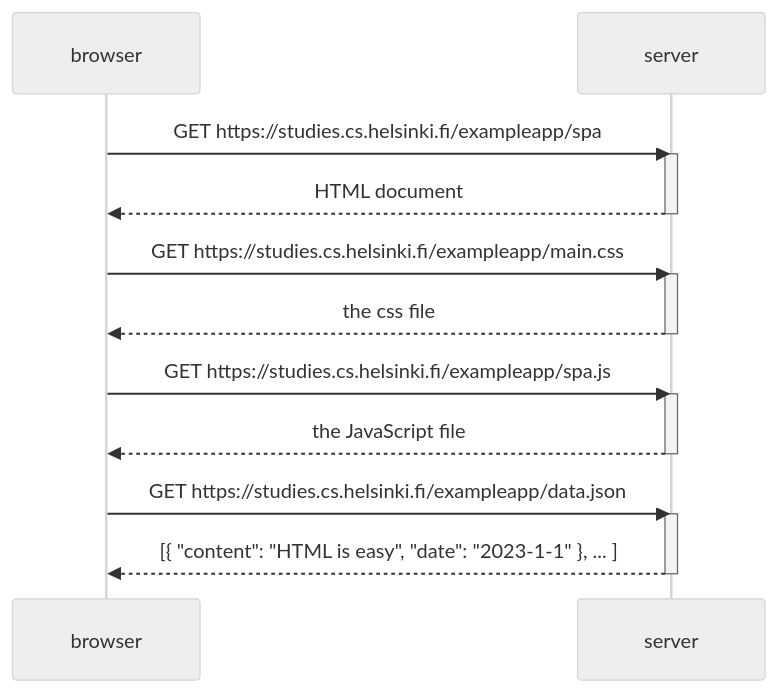
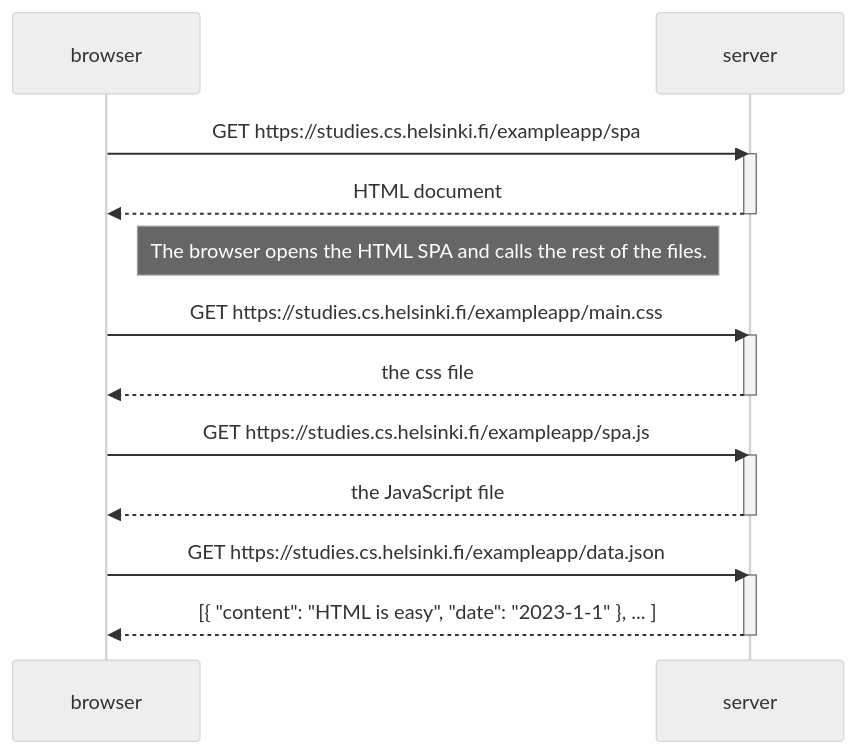
The diagram in SinglePageDiagram.md (juicyj201/FullStack), drawn with Mermaid (neutral theme) before and after one commit. The commit also changed 2 other files, not shown here.

Commit message:
Added changes

````diff
--- a/SinglePageDiagram.md
+++ b/SinglePageDiagram.md
@@ -1,27 +1,29 @@
 ```mermaid
 
 sequenceDiagram
     participant browser
     participant server
 
     browser->>server: GET https://studies.cs.helsinki.fi/exampleapp/spa
     activate server
     server-->>browser: HTML document
     deactivate server
+
+    Note right of browser: The browser opens the HTML SPA and calls the rest of the files.
 
     browser->>server: GET https://studies.cs.helsinki.fi/exampleapp/main.css
     activate server
     server-->>browser: the css file
     deactivate server
 
     browser->>server: GET https://studies.cs.helsinki.fi/exampleapp/spa.js
     activate server
     server-->>browser: the JavaScript file
     deactivate server
 
     browser->>server: GET https://studies.cs.helsinki.fi/exampleapp/data.json
     activate server
     server-->>browser: [{ "content": "HTML is easy", "date": "2023-1-1" }, ... ]
     deactivate server
 
 ```
````
